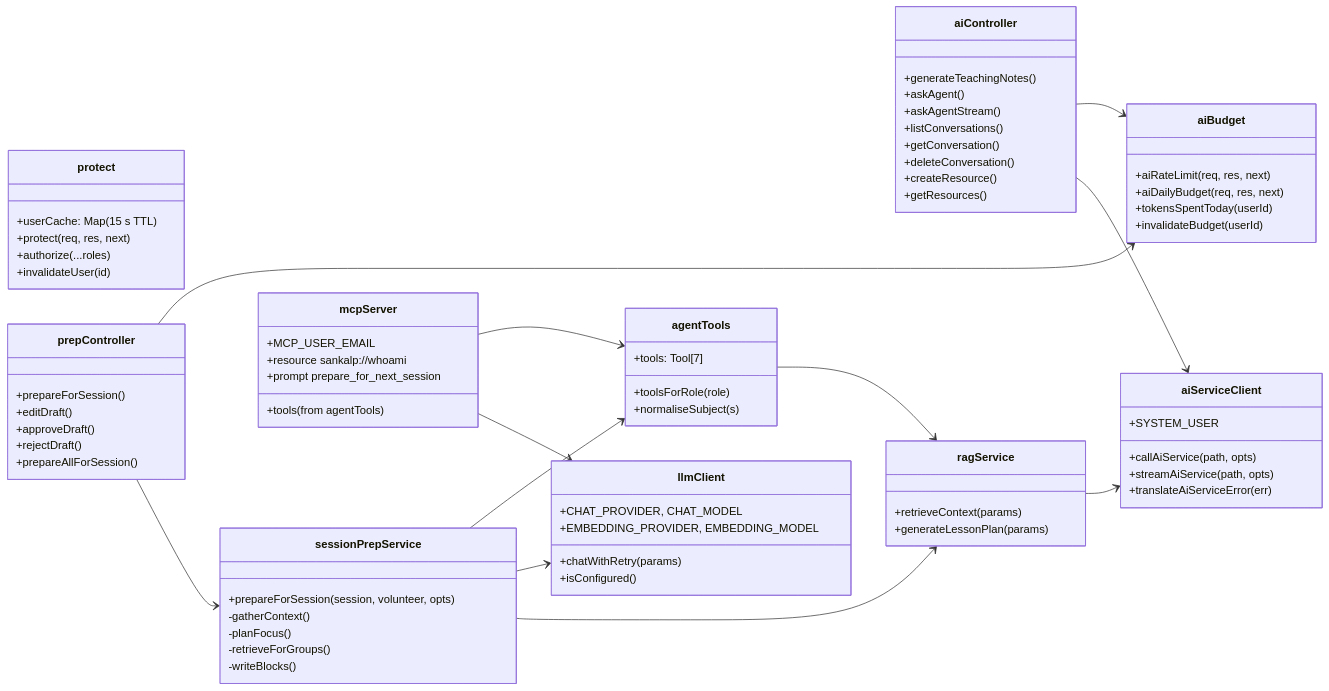
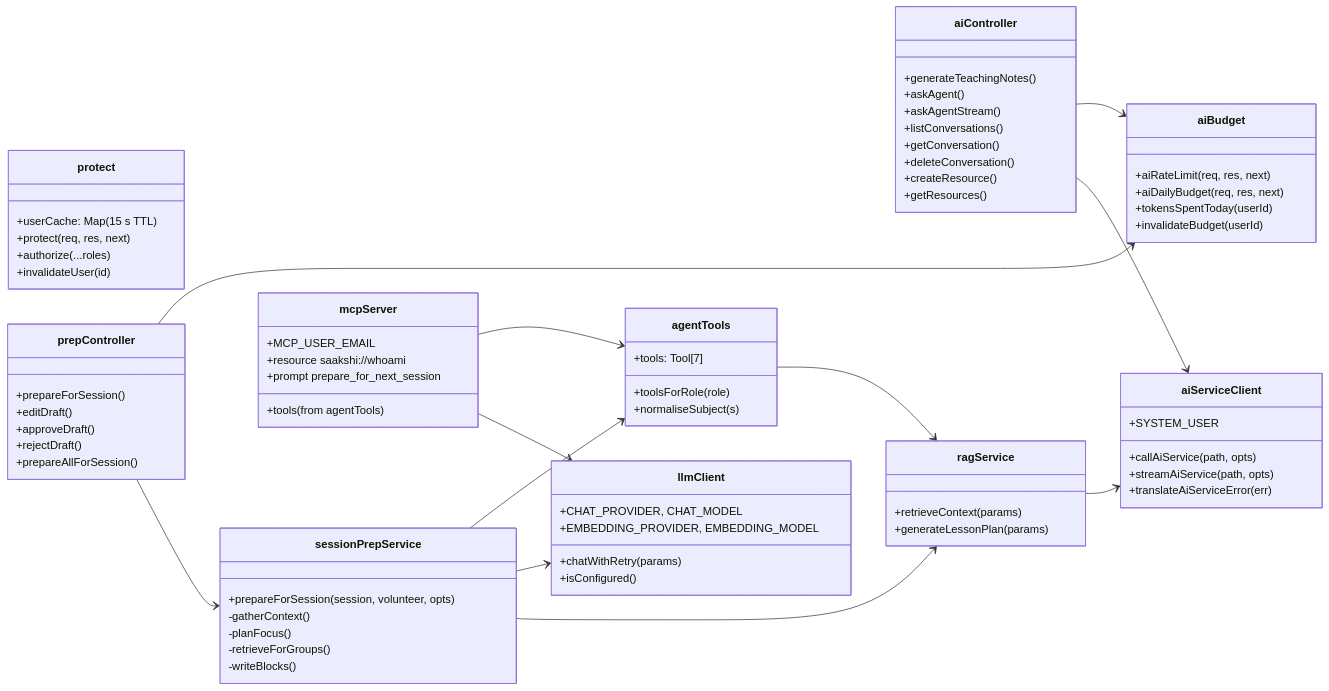
Before and after one commit to kushagragarg15/sankalp-village-project: the fifth of 15 diagrams in README.md, drawn with Mermaid. The commit also changed other lines of this file and 29 other files, not shown here.

````diff
--- a/README.md
+++ b/README.md
@@ -333,80 +335,80 @@
 ```mermaid
 classDiagram
     direction LR
 
     class protect {
         +userCache: Map (15 s TTL)
         +protect(req, res, next)
         +authorize(...roles)
         +invalidateUser(id)
     }
     class aiBudget {
         +aiRateLimit(req, res, next)
         +aiDailyBudget(req, res, next)
         +tokensSpentToday(userId)
         +invalidateBudget(userId)
     }
     class aiController {
         +generateTeachingNotes()
         +askAgent()
         +askAgentStream()
         +listConversations()
         +getConversation()
         +deleteConversation()
         +createResource()
         +getResources()
     }
     class prepController {
         +prepareForSession()
         +editDraft()
         +approveDraft()
         +rejectDraft()
         +prepareAllForSession()
     }
     class aiServiceClient {
         +callAiService(path, opts)
         +streamAiService(path, opts)
         +translateAiServiceError(err)
         +SYSTEM_USER
     }
     class ragService {
         +retrieveContext(params)
         +generateLessonPlan(params)
     }
     class sessionPrepService {
         +prepareForSession(session, volunteer, opts)
         -gatherContext()
         -planFocus()
         -retrieveForGroups()
         -writeBlocks()
     }
     class agentTools {
         +tools: Tool[7]
         +toolsForRole(role)
         +normaliseSubject(s)
     }
     class llmClient {
         +CHAT_PROVIDER, CHAT_MODEL
         +EMBEDDING_PROVIDER, EMBEDDING_MODEL
         +chatWithRetry(params)
         +isConfigured()
     }
     class mcpServer {
         +MCP_USER_EMAIL
         +tools (from agentTools)
-        +resource sankalp://whoami
+        +resource saakshi://whoami
         +prompt prepare_for_next_session
     }
 
     aiController --> aiBudget
     aiController --> aiServiceClient
     prepController --> aiBudget
     prepController --> sessionPrepService
     sessionPrepService --> agentTools
     sessionPrepService --> llmClient
     sessionPrepService --> ragService
     ragService --> aiServiceClient
     agentTools --> ragService
     mcpServer --> agentTools
     mcpServer --> llmClient
 ```
````
